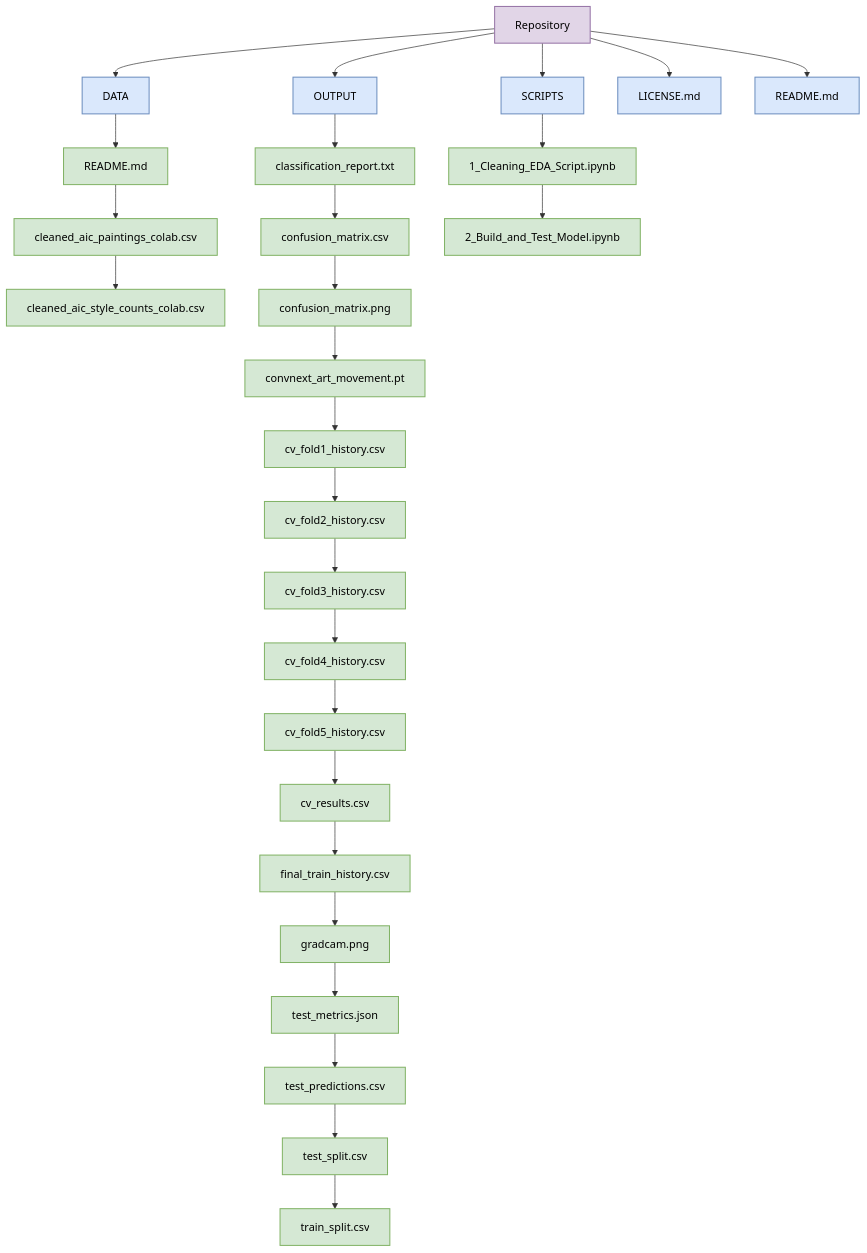
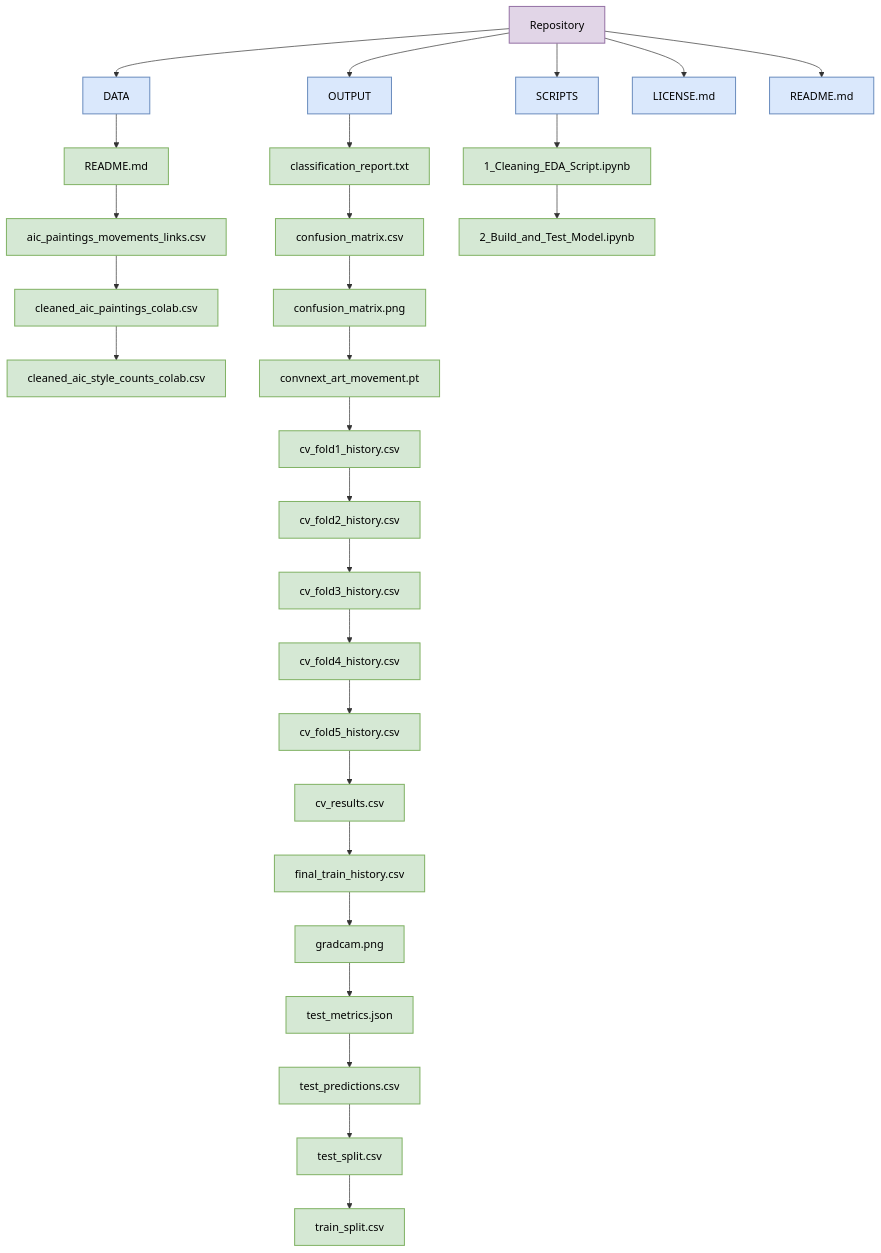
The diagram in README.md (oliviapang/DS4002_Project_3), drawn with Mermaid before and after one commit. The commit also changed other lines of this file, not shown here.

````diff
--- a/README.md
+++ b/README.md
@@ -12,49 +19,50 @@
 ```mermaid
 graph TD
     %% Repository Root
     Repo[Repository]
 
     %% Top Level Folders & Files
     Repo --> DATA[DATA]
     Repo --> OUTPUT[OUTPUT]
     Repo --> SCRIPTS[SCRIPTS]
     Repo --> LICENSE[LICENSE.md]
     Repo --> README_ROOT[README.md]
 
     %% DATA Directory Chain
     DATA --> D1[README.md]
-    D1 --> D2[cleaned_aic_paintings_colab.csv]
-    D2 --> D3[cleaned_aic_style_counts_colab.csv]
+    D1 --> D2[aic_paintings_movements_links.csv]
+    D2 --> D3[cleaned_aic_paintings_colab.csv]
+    D3 --> D4[cleaned_aic_style_counts_colab.csv]
 
     %% OUTPUT Directory Chain
     OUTPUT --> O1[classification_report.txt]
     O1 --> O2[confusion_matrix.csv]
     O2 --> O3[confusion_matrix.png]
     O3 --> O4[convnext_art_movement.pt]
     O4 --> O5[cv_fold1_history.csv]
     O5 --> O6[cv_fold2_history.csv]
     O6 --> O7[cv_fold3_history.csv]
     O7 --> O8[cv_fold4_history.csv]
     O8 --> O9[cv_fold5_history.csv]
     O9 --> O10[cv_results.csv]
     O10 --> O11[final_train_history.csv]
     O11 --> O12[gradcam.png]
     O12 --> O13[test_metrics.json]
     O13 --> O14[test_predictions.csv]
     O14 --> O15[test_split.csv]
     O15 --> O16[train_split.csv]
 
     %% SCRIPTS Directory Chain
     SCRIPTS --> S1[1_Cleaning_EDA_Script.ipynb]
     S1 --> S2[2_Build_and_Test_Model.ipynb]
 
-    %% Color Styling to Match Reference
+    %% Color Styling
     classDef purple fill:#E1D5E7,stroke:#9673A6,stroke-width:1.5px,color:#000;
     classDef blue fill:#DAE8FC,stroke:#6C8EBF,stroke-width:1.5px,color:#000;
     classDef green fill:#D5E8D4,stroke:#82B366,stroke-width:1.5px,color:#000;
 
     class Repo purple;
     class DATA,OUTPUT,SCRIPTS,LICENSE,README_ROOT blue;
-    class D1,D2,D3,O1,O2,O3,O4,O5,O6,O7,O8,O9,O10,O11,O12,O13,O14,O15,O16,S1,S2 green;
+    class D1,D2,D3,D4,O1,O2,O3,O4,O5,O6,O7,O8,O9,O10,O11,O12,O13,O14,O15,O16,S1,S2 green;
 
 ```
````
